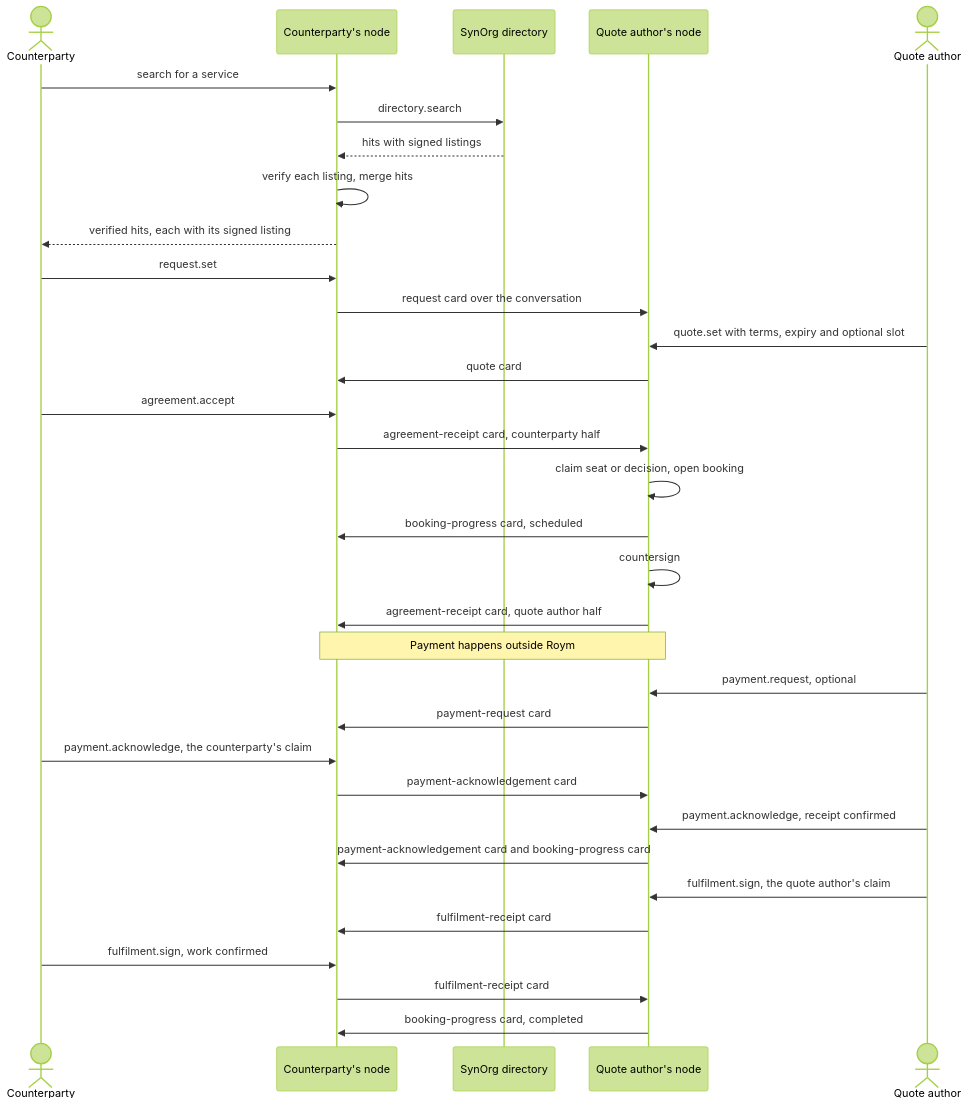
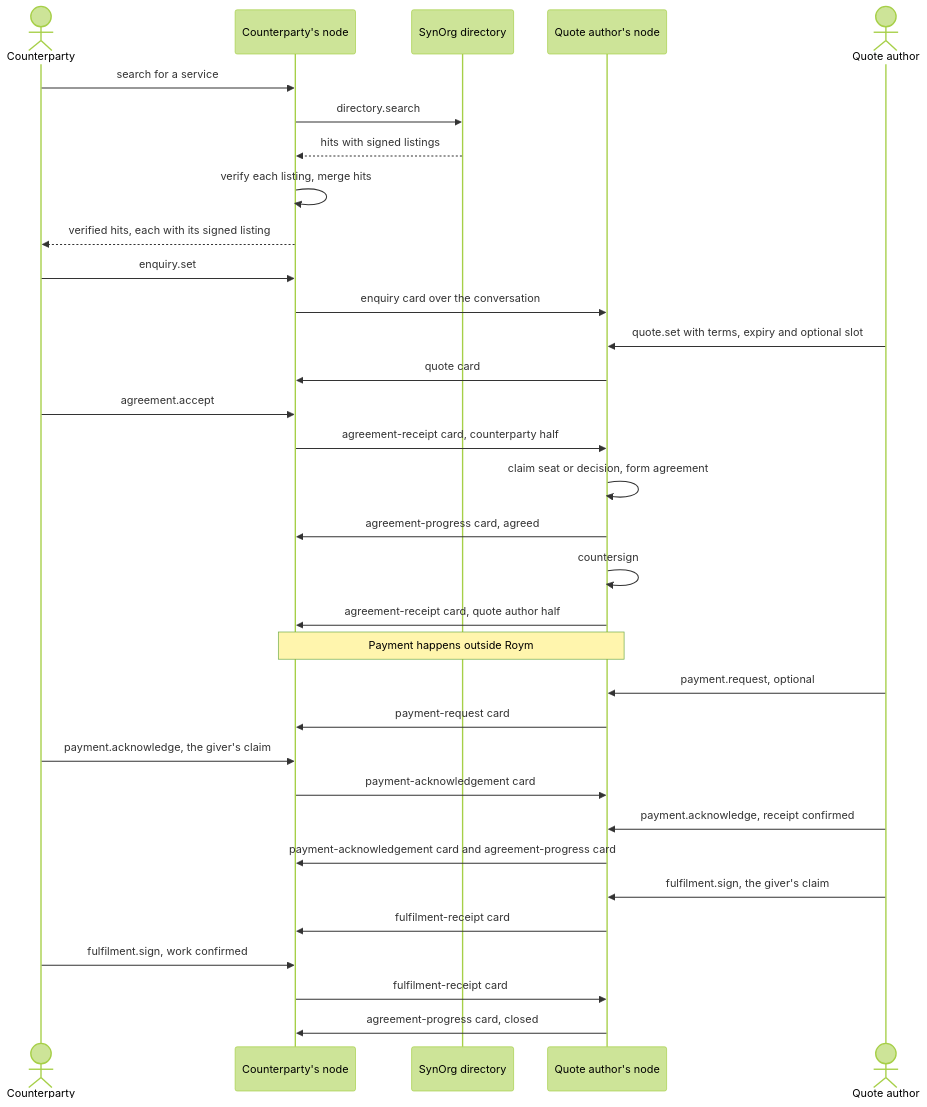
One commit to syneroym/syneroym changed diagram 18 of 23 in docs/system-architecture.md. Above: the diagram before and after it, drawn with Mermaid (forest theme). The commit also changed other lines of this file and 9 other files, not shown here.

````diff
--- a/docs/system-architecture.md
+++ b/docs/system-architecture.md
@@ -1275,39 +1272,39 @@
 ```mermaid
 sequenceDiagram
     actor Counterparty
     participant CN as Counterparty's node
     participant DIR as SynOrg directory
     participant PN as Quote author's node
     actor QuoteAuthor as Quote author
 
     Counterparty->>CN: search for a service
     CN->>DIR: directory.search
     DIR-->>CN: hits with signed listings
     CN->>CN: verify each listing, merge hits
     CN-->>Counterparty: verified hits, each with its signed listing
 
-    Counterparty->>CN: request.set
-    CN->>PN: request card over the conversation
+    Counterparty->>CN: enquiry.set
+    CN->>PN: enquiry card over the conversation
     QuoteAuthor->>PN: quote.set with terms, expiry and optional slot
     PN->>CN: quote card
     Counterparty->>CN: agreement.accept
     CN->>PN: agreement-receipt card, counterparty half
-    PN->>PN: claim seat or decision, open booking
-    PN->>CN: booking-progress card, scheduled
+    PN->>PN: claim seat or decision, form agreement
+    PN->>CN: agreement-progress card, agreed
     PN->>PN: countersign
     PN->>CN: agreement-receipt card, quote author half
 
     Note over CN,PN: Payment happens outside Roym
     QuoteAuthor->>PN: payment.request, optional
     PN->>CN: payment-request card
-    Counterparty->>CN: payment.acknowledge, the counterparty's claim
+    Counterparty->>CN: payment.acknowledge, the giver's claim
     CN->>PN: payment-acknowledgement card
     QuoteAuthor->>PN: payment.acknowledge, receipt confirmed
-    PN->>CN: payment-acknowledgement card and booking-progress card
+    PN->>CN: payment-acknowledgement card and agreement-progress card
 
-    QuoteAuthor->>PN: fulfilment.sign, the quote author's claim
+    QuoteAuthor->>PN: fulfilment.sign, the giver's claim
     PN->>CN: fulfilment-receipt card
     Counterparty->>CN: fulfilment.sign, work confirmed
     CN->>PN: fulfilment-receipt card
-    PN->>CN: booking-progress card, completed
+    PN->>CN: agreement-progress card, closed
 ```
````
